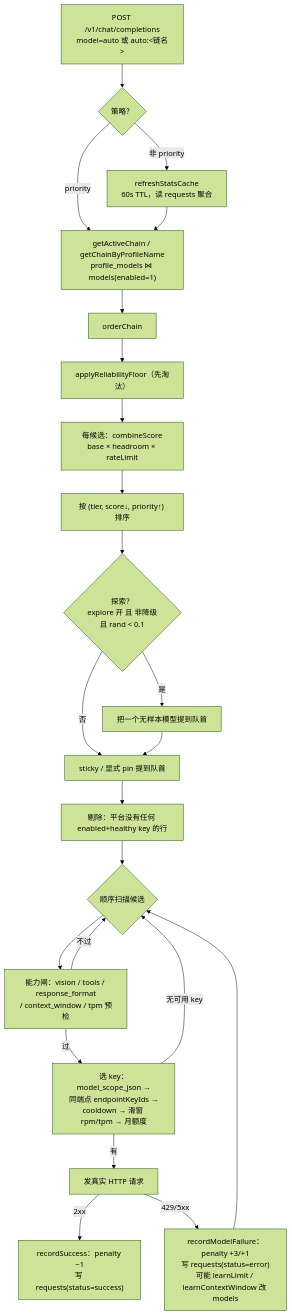
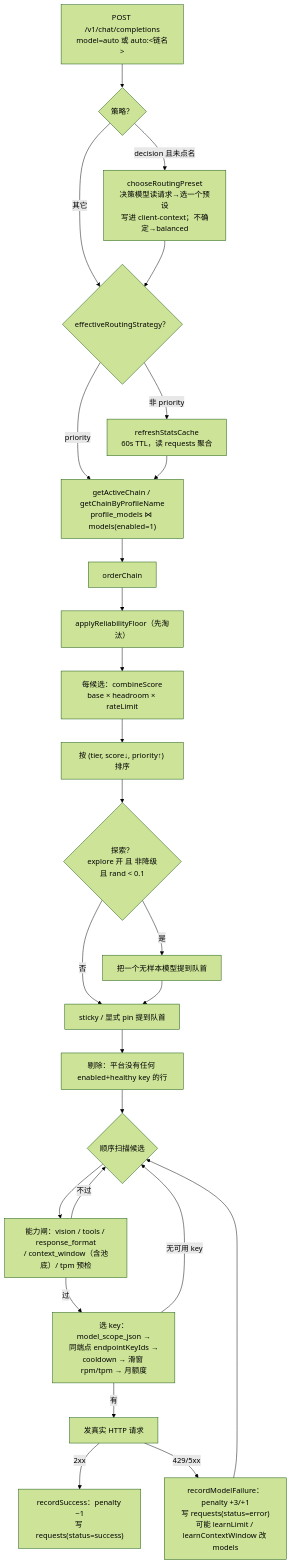
Before and after one commit to adrian9778/freellmapi: the first of 2 diagrams in docs/adrian/topics/model调度算法.md, drawn with Mermaid (forest theme). The commit also changed other lines of this file, not shown here.

First line of the commit message:
docs: rewrite model scheduling topic for HEAD, add table schema + data-flow

````diff
--- a/docs/adrian/topics/model调度算法.md
+++ b/docs/adrian/topics/model调度算法.md
@@ -37,25 +37,28 @@
 ```mermaid
 flowchart TD
-    A["POST /v1/chat/completions<br/>model=auto 或 auto:&lt;链名&gt;"] --> B{"策略？"}
-    B -- 非 priority --> C["refreshStatsCache<br/>60s TTL，读 requests 聚合"]
-    B -- priority --> D
+    A["POST /v1/chat/completions<br/>model=auto 或 auto:&lt;链名&gt;"] --> A0{"策略？"}
+    A0 -- decision 且未点名 --> A1["chooseRoutingPreset<br/>决策模型读请求→选一个预设<br/>写进 client-context；不确定→balanced"]
+    A0 -- 其它 --> A2
+    A1 --> A2{"effectiveRoutingStrategy？"}
+    A2 -- 非 priority --> C["refreshStatsCache<br/>60s TTL，读 requests 聚合"]
+    A2 -- priority --> D
     C --> D["getActiveChain / getChainByProfileName<br/>profile_models ⋈ models(enabled=1)"]
     D --> E["orderChain"]
     E --> F["applyReliabilityFloor（先淘汰）"]
     F --> G["每候选：combineScore<br/>base × headroom × rateLimit"]
     G --> H["按 (tier, score↓, priority↑) 排序"]
     H --> I{"探索？<br/>explore 开 且 非降级<br/>且 rand &lt; 0.1"}
     I -- 是 --> J["把一个无样本模型提到队首"]
     I -- 否 --> K
     J --> K["sticky / 显式 pin 提到队首"]
     K --> L["剔除：平台没有任何 enabled+healthy key 的行"]
     L --> M{"顺序扫描候选"}
-    M --> N["能力闸：vision / tools / response_format<br/>/ context_window / tpm 预检"]
+    M --> N["能力闸：vision / tools / response_format<br/>/ context_window（含池底）/ tpm 预检"]
     N -- 不过 --> M
     N -- 过 --> O["选 key：model_scope_json →<br/>同端点 endpointKeyIds →<br/>cooldown → 滑窗 rpm/tpm → 月额度"]
     O -- 无可用 key --> M
     O -- 有 --> P["发真实 HTTP 请求"]
     P -- 2xx --> Q["recordSuccess：penalty −1<br/>写 requests(status=success)"]
     P -- 429/5xx --> R["recordModelFailure：penalty +3/+1<br/>写 requests(status=error)<br/>可能 learnLimit / learnContextWindow 改 models"]
     R --> M
 ```
````
